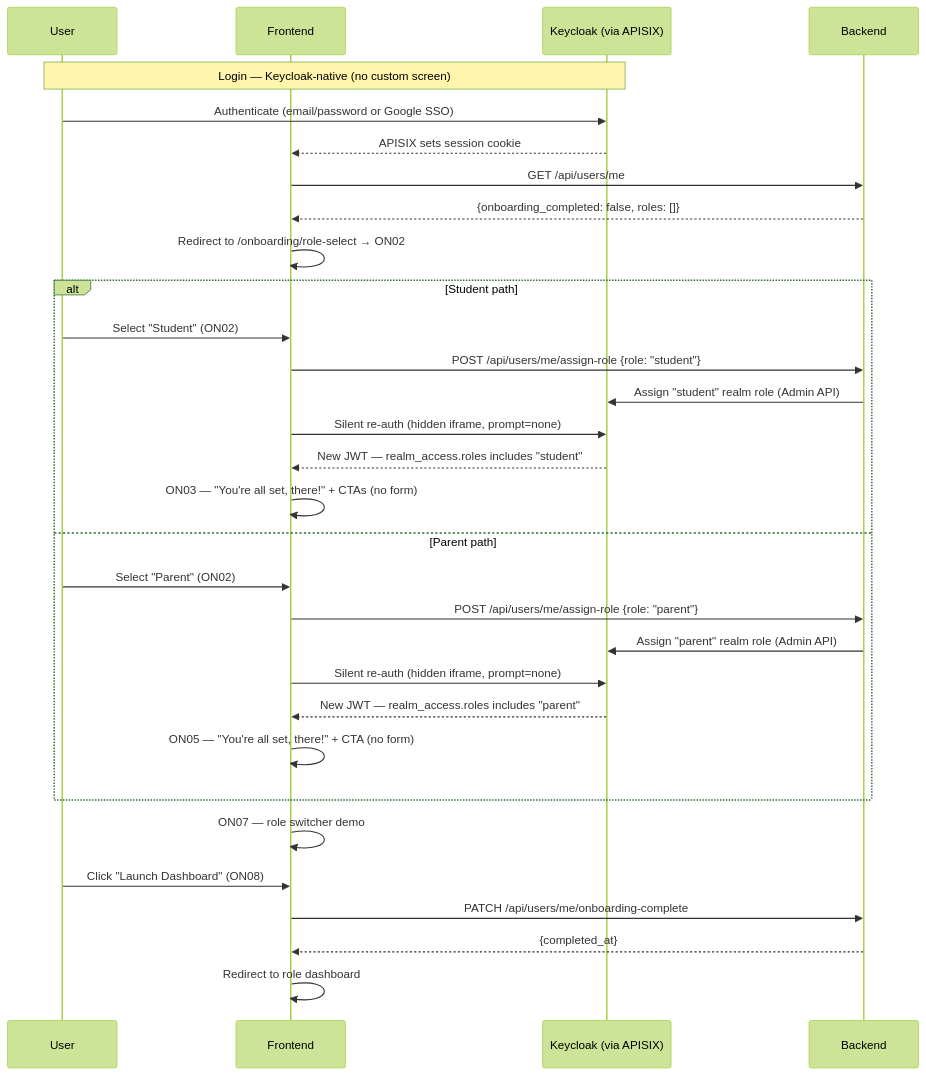
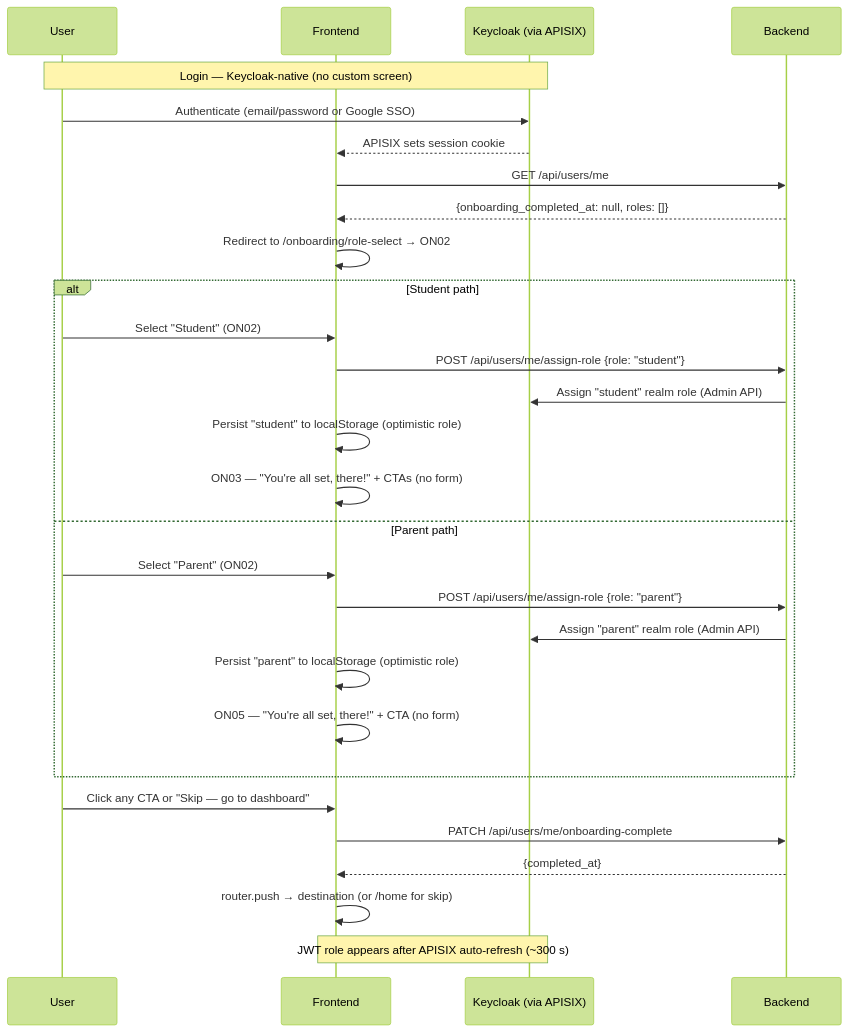
One commit to code-sss/haisir-specs changed the diagram in target/requirements/09_onboarding.md. Above: the diagram before and after it, drawn with Mermaid (forest theme). The commit also changed other lines of this file and 2 other files, not shown here.

````diff
--- a/target/requirements/09_onboarding.md
+++ b/target/requirements/09_onboarding.md
@@ -22,37 +22,35 @@
 ```mermaid
 sequenceDiagram
     participant U as User
     participant FE as Frontend
     participant K as Keycloak (via APISIX)
     participant BE as Backend
 
     Note over U,K: Login — Keycloak-native (no custom screen)
     U->>K: Authenticate (email/password or Google SSO)
     K-->>FE: APISIX sets session cookie
 
     FE->>BE: GET /api/users/me
-    BE-->>FE: {onboarding_completed: false, roles: []}
+    BE-->>FE: {onboarding_completed_at: null, roles: []}
     FE->>FE: Redirect to /onboarding/role-select → ON02
 
     alt Student path
         U->>FE: Select "Student" (ON02)
         FE->>BE: POST /api/users/me/assign-role {role: "student"}
         BE->>K: Assign "student" realm role (Admin API)
-        FE->>K: Silent re-auth (hidden iframe, prompt=none)
-        K-->>FE: New JWT — realm_access.roles includes "student"
+        FE->>FE: Persist "student" to localStorage (optimistic role)
         FE->>FE: ON03 — "You're all set, there!" + CTAs (no form)
     else Parent path
         U->>FE: Select "Parent" (ON02)
         FE->>BE: POST /api/users/me/assign-role {role: "parent"}
         BE->>K: Assign "parent" realm role (Admin API)
-        FE->>K: Silent re-auth (hidden iframe, prompt=none)
-        K-->>FE: New JWT — realm_access.roles includes "parent"
+        FE->>FE: Persist "parent" to localStorage (optimistic role)
         FE->>FE: ON05 — "You're all set, there!" + CTA (no form)
     end
 
-    FE->>FE: ON07 — role switcher demo
-    U->>FE: Click "Launch Dashboard" (ON08)
+    U->>FE: Click any CTA or "Skip — go to dashboard"
     FE->>BE: PATCH /api/users/me/onboarding-complete
     BE-->>FE: {completed_at}
-    FE->>FE: Redirect to role dashboard
+    FE->>FE: router.push → destination (or /home for skip)
+    Note over FE,K: JWT role appears after APISIX auto-refresh (~300 s)
 ```
````
